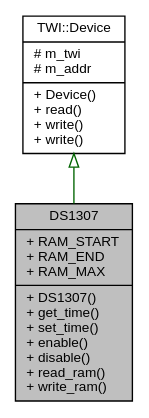
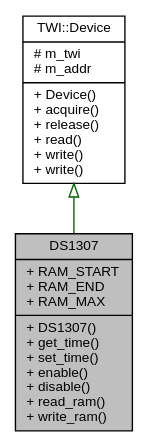
Before and after one commit to mikaelpatel/mikaelpatel.github.io: the diagram in Arduino-TWI/d4/d35/classDS1307__inherit__graph.dot, drawn with Graphviz. The commit also changed 386 other files, not shown here.

```diff
--- a/Arduino-TWI/d4/d35/classDS1307__inherit__graph.dot
+++ b/Arduino-TWI/d4/d35/classDS1307__inherit__graph.dot
@@ -1,8 +1,8 @@
 digraph "DS1307"
 {
   edge [fontname="Helvetica",fontsize="10",labelfontname="Helvetica",labelfontsize="10"];
   node [fontname="Helvetica",fontsize="10",shape=record];
   Node1 [label="{DS1307\n|+ RAM_START\l+ RAM_END\l+ RAM_MAX\l|+ DS1307()\l+ get_time()\l+ set_time()\l+ enable()\l+ disable()\l+ read_ram()\l+ write_ram()\l}",height=0.2,width=0.4,color="black", fillcolor="grey75", style="filled", fontcolor="black"];
   Node2 -> Node1 [dir="back",color="darkgreen",fontsize="10",style="solid",arrowtail="onormal",fontname="Helvetica"];
-  Node2 [label="{TWI::Device\n|# m_twi\l# m_addr\l|+ Device()\l+ read()\l+ write()\l+ write()\l}",height=0.2,width=0.4,color="black", fillcolor="white", style="filled",URL="$d4/d2d/classTWI_1_1Device.html"];
+  Node2 [label="{TWI::Device\n|# m_twi\l# m_addr\l|+ Device()\l+ acquire()\l+ release()\l+ read()\l+ write()\l+ write()\l}",height=0.2,width=0.4,color="black", fillcolor="white", style="filled",URL="$d4/d2d/classTWI_1_1Device.html"];
 }
```
